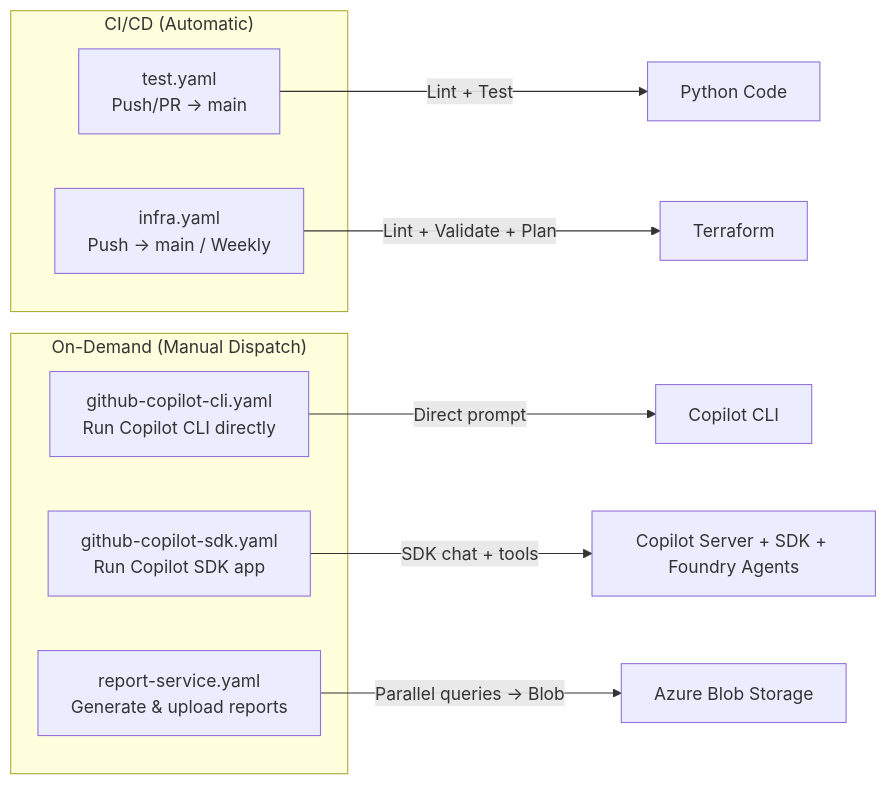
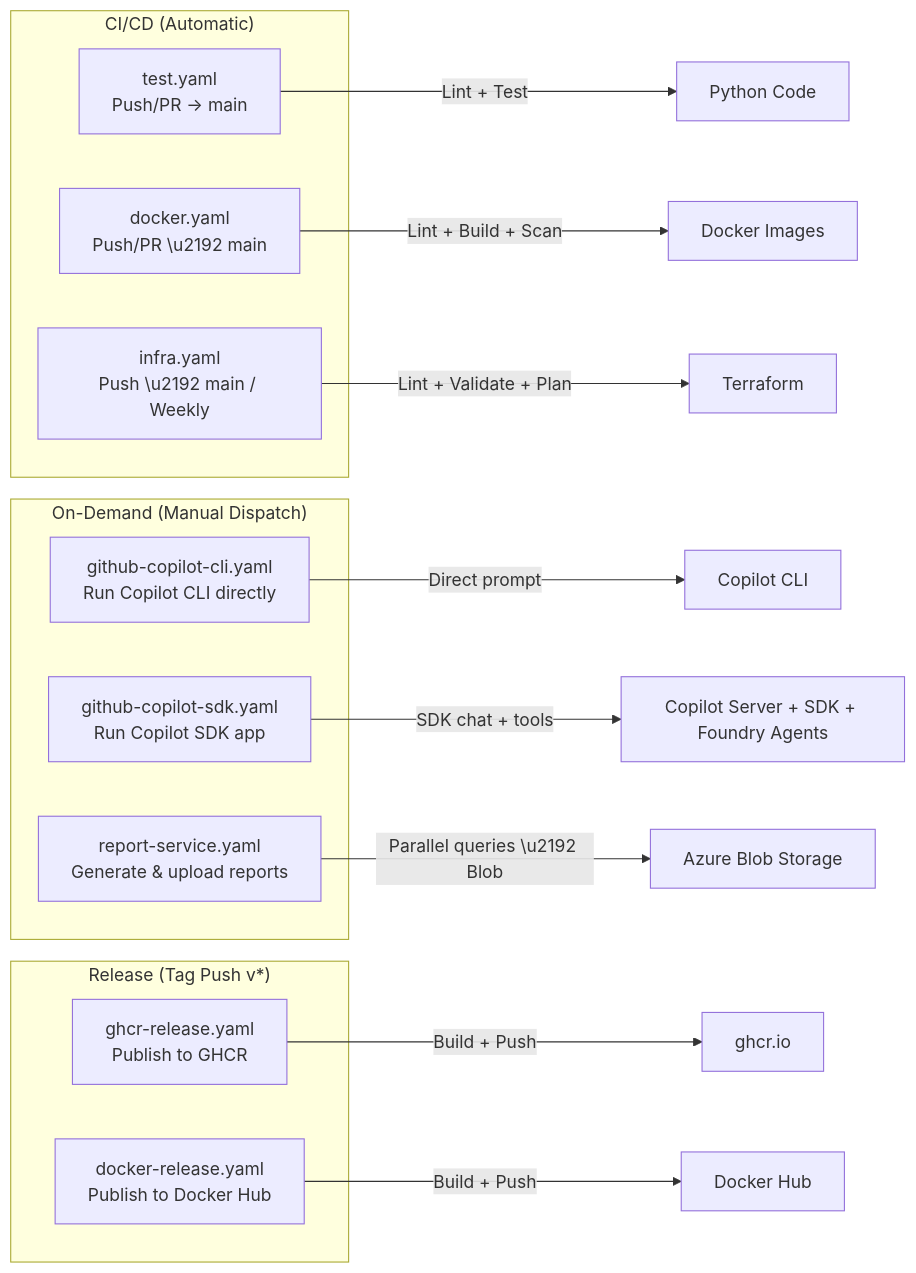
The third of 3 diagrams in docs/copilot_report_forge/getting_started.md (ks6088ts/template-github-copilot), drawn with Mermaid before and after one commit. The commit also changed other lines of this file and 12 other files, not shown here.

Commit message:
add docker image release action for releasing Docker image to GitHub Packages

````diff
--- a/docs/copilot_report_forge/getting_started.md
+++ b/docs/copilot_report_forge/getting_started.md
@@ -145,19 +145,28 @@
 ```mermaid
 flowchart LR
     subgraph "CI/CD (Automatic)"
         TEST["test.yaml<br/>Push/PR → main"]
-        INFRA_CI["infra.yaml<br/>Push → main / Weekly"]
+        DOCKER_CI["docker.yaml<br/>Push/PR \u2192 main"]
+        INFRA_CI["infra.yaml<br/>Push \u2192 main / Weekly"]
     end
 
     subgraph "On-Demand (Manual Dispatch)"
         CLI["github-copilot-cli.yaml<br/>Run Copilot CLI directly"]
         SDK["github-copilot-sdk.yaml<br/>Run Copilot SDK app"]
         REPORT["report-service.yaml<br/>Generate & upload reports"]
     end
 
+    subgraph "Release (Tag Push v*)"
+        GHCR["ghcr-release.yaml<br/>Publish to GHCR"]
+        DHUB["docker-release.yaml<br/>Publish to Docker Hub"]
+    end
+
     TEST --> |"Lint + Test"| PYTHON["Python Code"]
+    DOCKER_CI --> |"Lint + Build + Scan"| DIMG["Docker Images"]
     INFRA_CI --> |"Lint + Validate + Plan"| TF["Terraform"]
     CLI --> |"Direct prompt"| COPILOT_CLI["Copilot CLI"]
     SDK --> |"SDK chat + tools"| COPILOT_SDK["Copilot Server + SDK + Foundry Agents"]
-    REPORT --> |"Parallel queries → Blob"| AZURE["Azure Blob Storage"]
+    REPORT --> |"Parallel queries \u2192 Blob"| AZURE["Azure Blob Storage"]
+    GHCR --> |"Build + Push"| GHCR_REG["ghcr.io"]
+    DHUB --> |"Build + Push"| DHUB_REG["Docker Hub"]
 ```
````
